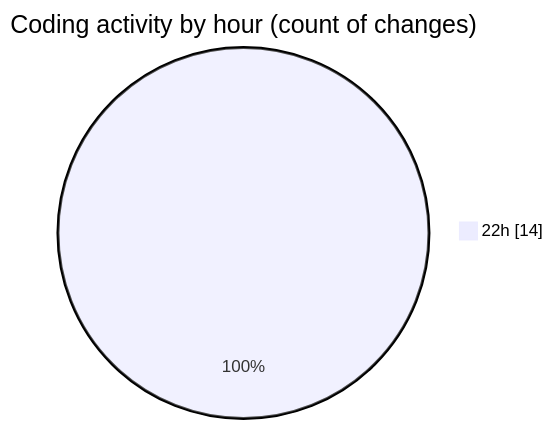
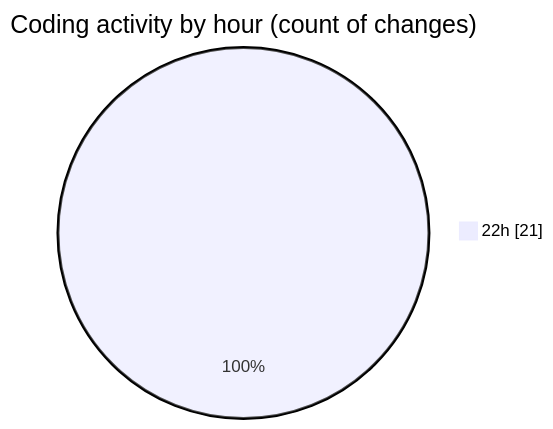
Before and after one commit to idhammustaqopulfikri/code-tracking: the second of 2 diagrams in 2025-04-11/test/README.md, drawn with Mermaid. The commit also changed other lines of this file and 1 other file, not shown here.

````diff
--- a/2025-04-11/test/README.md
+++ b/2025-04-11/test/README.md
@@ -34,5 +37,5 @@
 ```mermaid
 pie showData
 title Coding activity by hour (count of changes)
-"22h" : 14
+"22h" : 21
 ```
````
